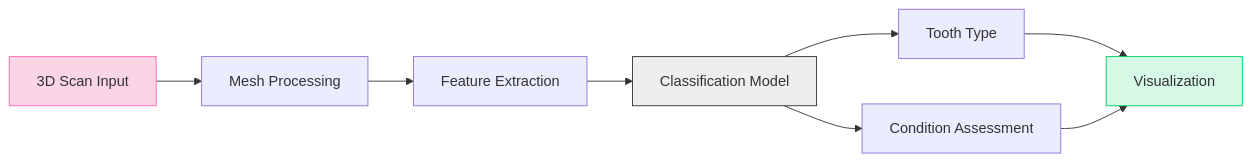
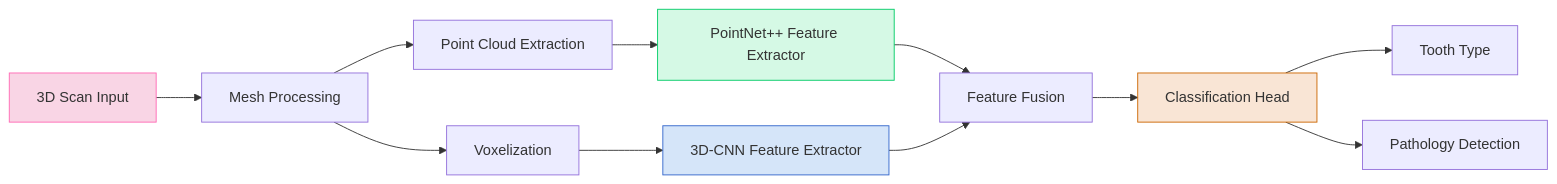
The third of 6 diagrams in README.md (ennajari/ennajari), drawn with Mermaid before and after one commit. The commit also changed other lines of this file, not shown here.

````diff
--- a/README.md
+++ b/README.md
@@ -198,14 +160,18 @@
 ```mermaid
 graph LR
     A[3D Scan Input] --> B[Mesh Processing]
-    B --> C[Feature Extraction]
-    C --> D[Classification Model]
-    D --> E[Tooth Type]
-    D --> F[Condition Assessment]
-    E --> G[Visualization]
+    B --> C[Point Cloud Extraction]
+    B --> D[Voxelization]
+    C --> E[PointNet++ Feature Extractor]
+    D --> F[3D-CNN Feature Extractor]
+    E --> G[Feature Fusion]
     F --> G
+    G --> H[Classification Head]
+    H --> I[Tooth Type]
+    H --> J[Pathology Detection]
     
     style A fill:#f9d5e5,stroke:#ff69b4
-    style D fill:#eeeeee,stroke:#333333
-    style G fill:#d5f9e5,stroke:#00cc66
+    style E fill:#d5f9e5,stroke:#00cc66
+    style F fill:#d5e5f9,stroke:#3366cc
+    style H fill:#f9e5d5,stroke:#cc6600
 ```
````
